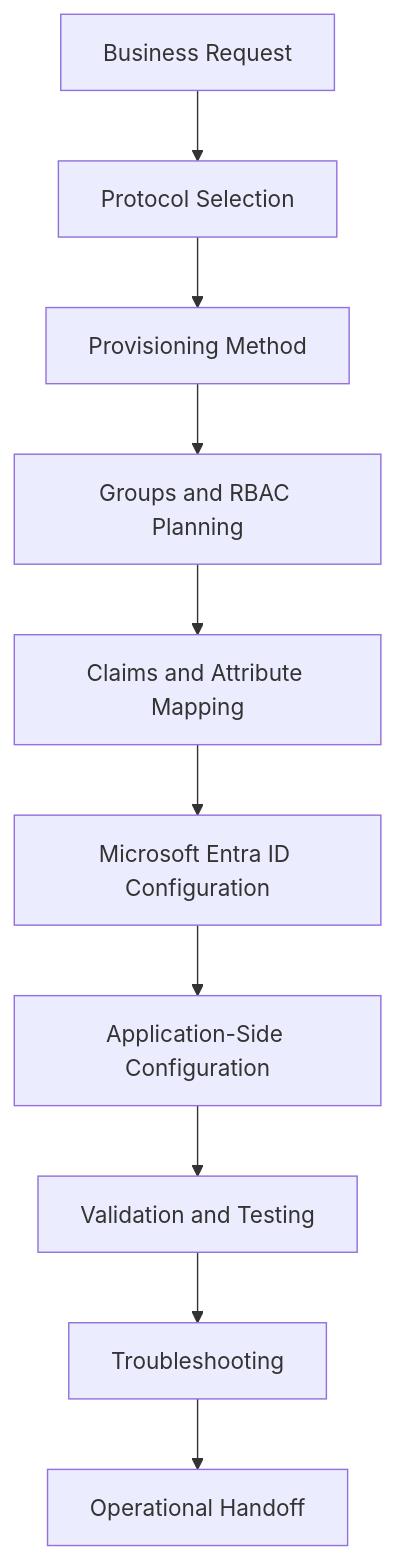
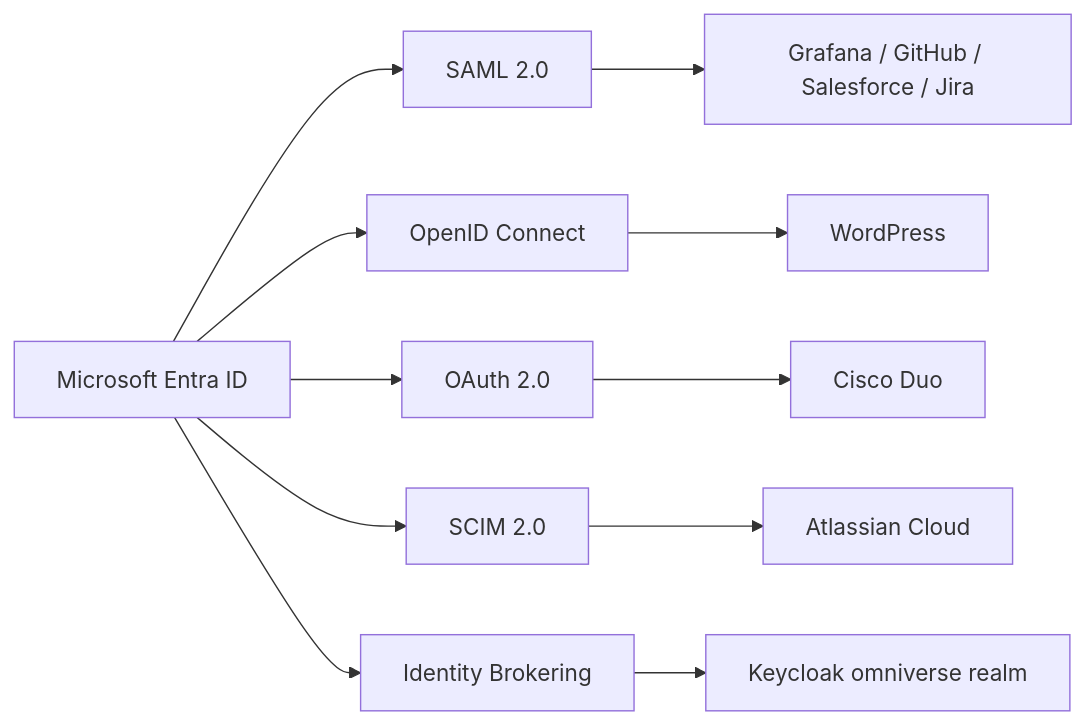
One commit to KSWISHA9/enterprise-application-onboarding-sso changed the diagram in README.md. Above: the diagram before and after it, drawn with Mermaid. The commit also changed other lines of this file, not shown here.

````diff
--- a/README.md
+++ b/README.md
@@ -30,12 +36,13 @@
 ```mermaid
-flowchart TD
-    A[Business Request] --> B[Protocol Selection]
-    B --> C[Provisioning Method]
-    C --> D[Groups and RBAC Planning]
-    D --> E[Claims and Attribute Mapping]
-    E --> F[Microsoft Entra ID Configuration]
-    F --> G[Application-Side Configuration]
-    G --> H[Validation and Testing]
-    H --> I[Troubleshooting]
-    I --> J[Operational Handoff]
+flowchart LR
+    A[Microsoft Entra ID] --> B[SAML 2.0]
+    A --> C[OpenID Connect]
+    A --> D[OAuth 2.0]
+    A --> E[SCIM 2.0]
+    A --> F[Identity Brokering]
+    B --> G[Grafana / GitHub / Salesforce / Jira]
+    C --> H[WordPress]
+    D --> I[Cisco Duo]
+    E --> J[Atlassian Cloud]
+    F --> K[Keycloak omniverse realm]
 ```
````
